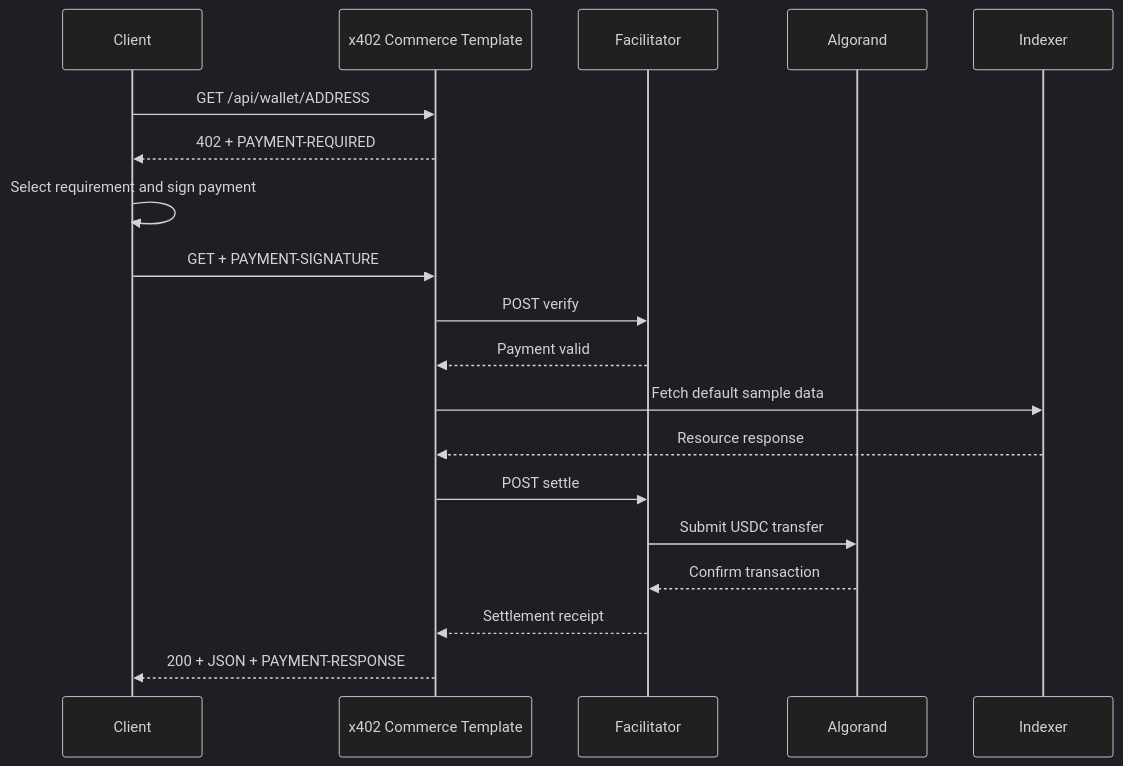
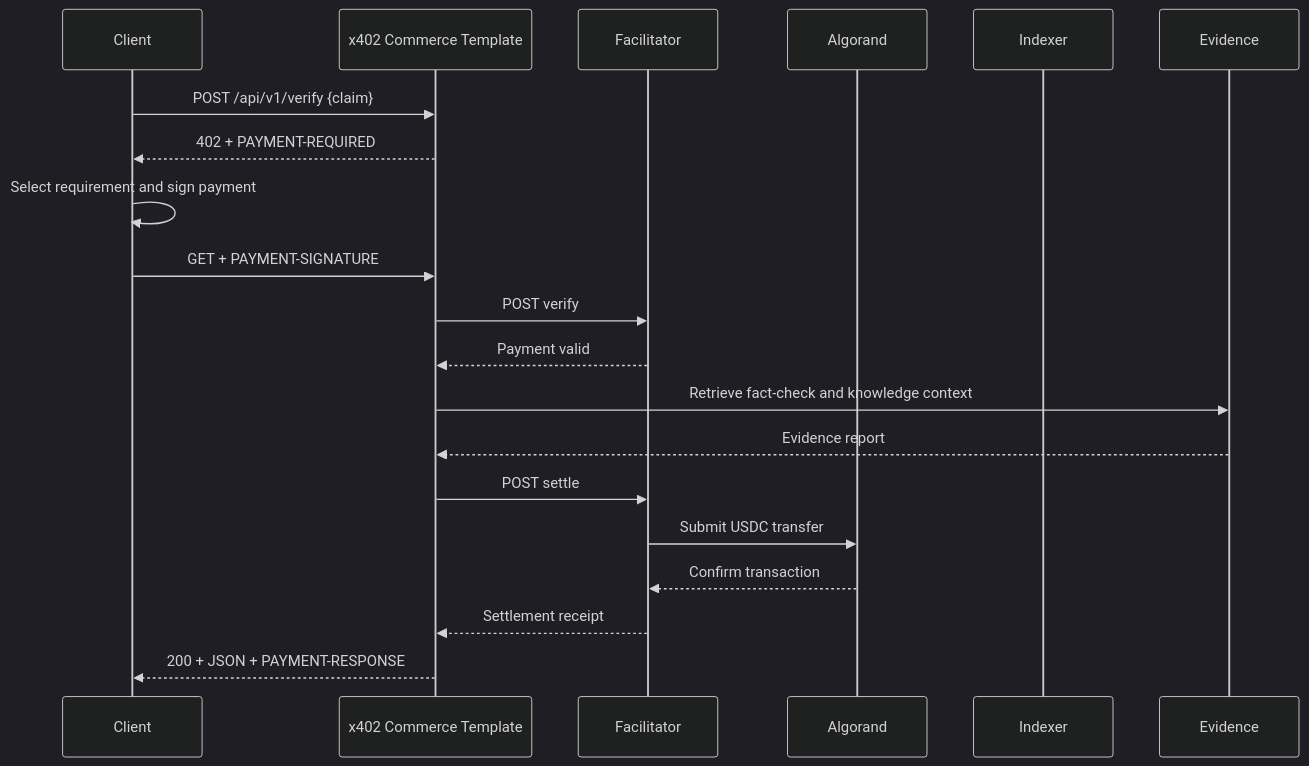
The diagram in docs/X402_FLOW.md (SURYA-SOLVER/TruthGuard), drawn with Mermaid (dark theme) before and after one commit. The commit also changed other lines of this file and 36 other files, not shown here.

````diff
--- a/docs/X402_FLOW.md
+++ b/docs/X402_FLOW.md
@@ -5,21 +5,21 @@
 ```mermaid
 sequenceDiagram
     participant Client
     participant Server as x402 Commerce Template
     participant Facilitator
     participant Algorand
     participant Indexer
-    Client->>Server: GET /api/wallet/ADDRESS
+    Client->>Server: POST /api/v1/verify {claim}
     Server-->>Client: 402 + PAYMENT-REQUIRED
     Client->>Client: Select requirement and sign payment
     Client->>Server: GET + PAYMENT-SIGNATURE
     Server->>Facilitator: POST verify
     Facilitator-->>Server: Payment valid
-    Server->>Indexer: Fetch default sample data
-    Indexer-->>Server: Resource response
+    Server->>Evidence: Retrieve fact-check and knowledge context
+    Evidence-->>Server: Evidence report
     Server->>Facilitator: POST settle
     Facilitator->>Algorand: Submit USDC transfer
     Algorand-->>Facilitator: Confirm transaction
     Facilitator-->>Server: Settlement receipt
     Server-->>Client: 200 + JSON + PAYMENT-RESPONSE
 ```
````
